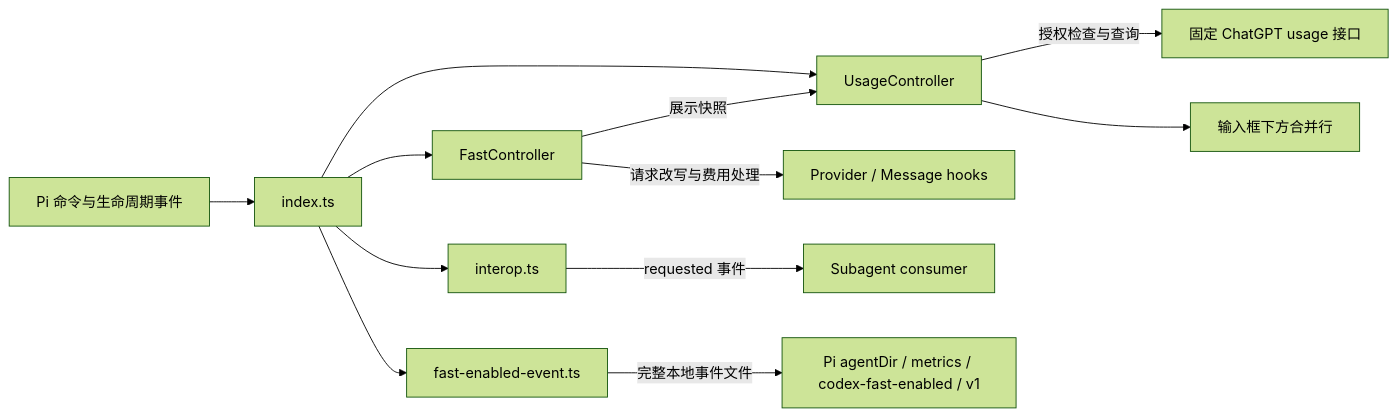
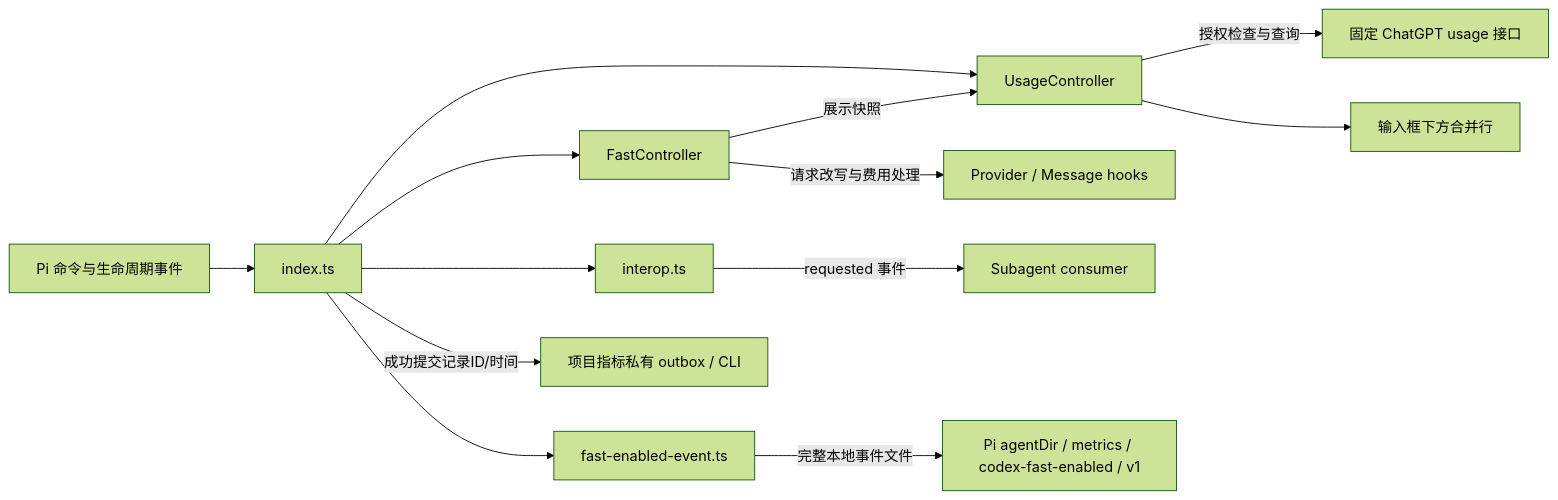
One commit to ZHOUKAILIAN/my-pi-extension changed the first of 3 diagrams in docs/02-产品实现/codex-usage-status-技术设计.md. Above: the diagram before and after it, drawn with Mermaid (forest theme). The commit also changed other lines of this file and 38 other files, not shown here.

````diff
--- a/docs/02-产品实现/codex-usage-status-技术设计.md
+++ b/docs/02-产品实现/codex-usage-status-技术设计.md
@@ -13,14 +13,15 @@
 ```mermaid
 flowchart LR
     pi[Pi 命令与生命周期事件] --> entry[index.ts]
     entry --> fast[FastController]
     entry --> usage[UsageController]
     fast -->|展示快照| usage
     usage -->|授权检查与查询| api[固定 ChatGPT usage 接口]
     usage --> widget[输入框下方合并行]
     fast -->|请求改写与费用处理| hooks[Provider / Message hooks]
     entry --> interop[interop.ts]
     interop -->|requested 事件| child[Subagent consumer]
     entry --> event[fast-enabled-event.ts]
     event -->|完整本地事件文件| local[Pi agentDir / metrics / codex-fast-enabled / v1]
+    entry -->|成功提交记录ID/时间| metrics[项目指标私有 outbox / CLI]
 ```
````
